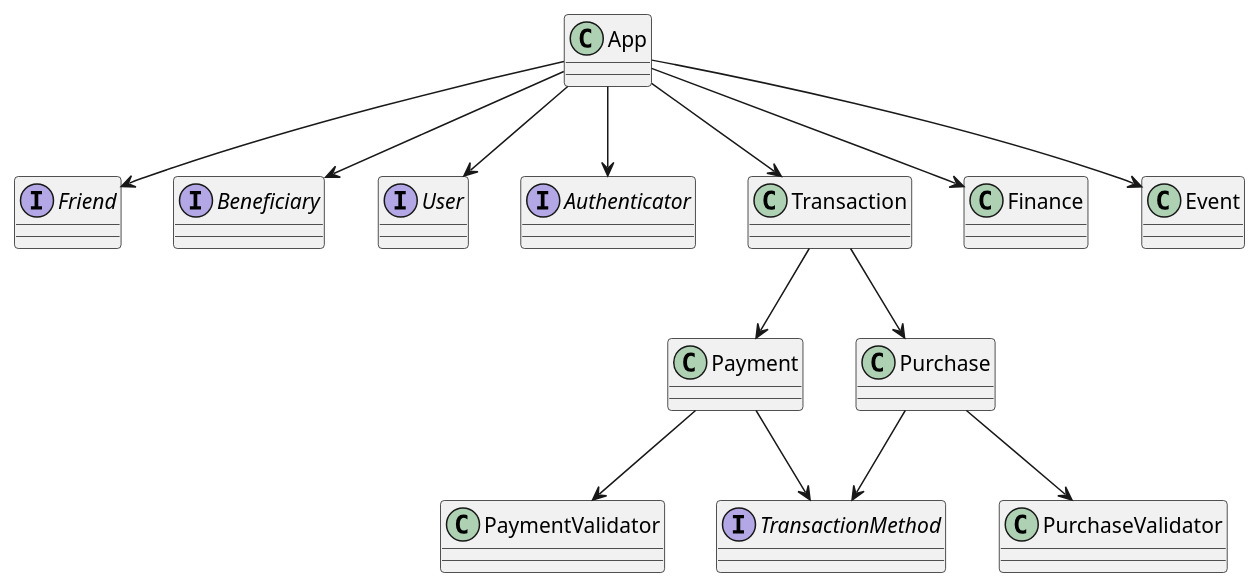
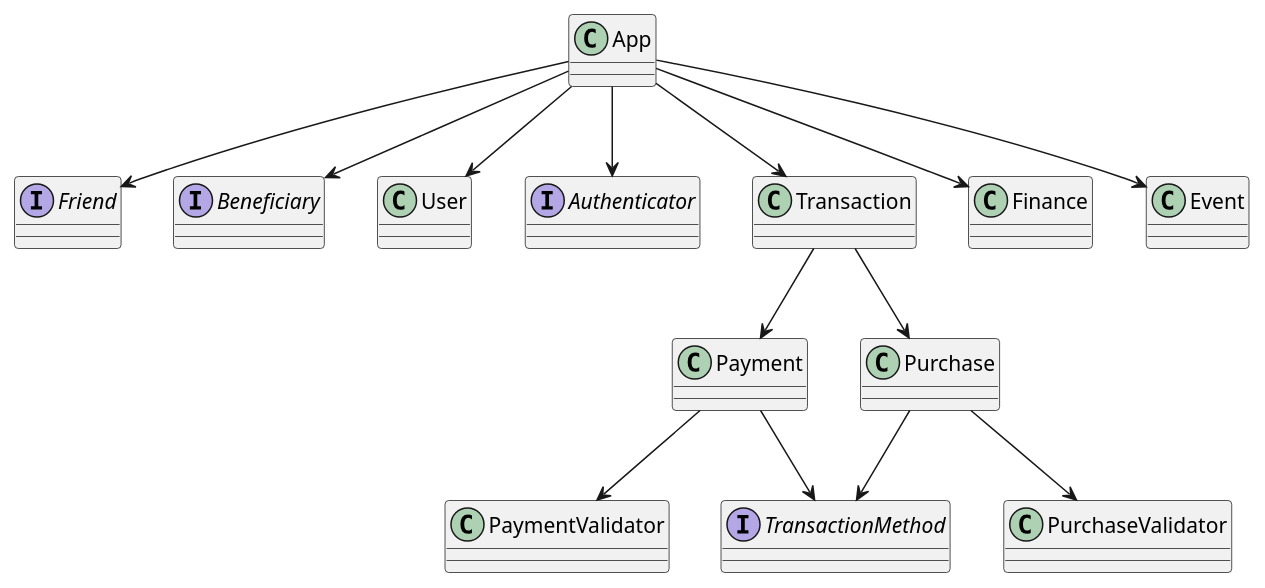
The diagram in Diagrams/app.puml (tomasshiao/75.71-Seminario-Ing-Inf-I), drawn with PlantUML before and after one commit. The commit also changed 12 other files, not shown here.

```diff
--- a/Diagrams/app.puml
+++ b/Diagrams/app.puml
@@ -1,43 +1,43 @@
 @startuml
 interface Friend{}
 interface Beneficiary{}
-interface User{}
+class User{}
 
 class App{}
 
 App --> User
 App --> Beneficiary
 App --> Friend
 
 interface Authenticator{}
 App --> Authenticator
 
 
 
 class Transaction{}
 App --> Transaction
 Transaction --> Payment
 Transaction --> Purchase
 
 interface TransactionMethod{}
 
 class Payment{}
 Payment --> TransactionMethod
 class PaymentValidator{}
 Payment --> PaymentValidator
 
 class Purchase{}
 class PurchaseValidator{}
 Purchase --> PurchaseValidator
 Purchase --> TransactionMethod
 
 
 
 class Finance{}
 App --> Finance
 
 
 class Event{}
 App --> Event
 
 @enduml
```
